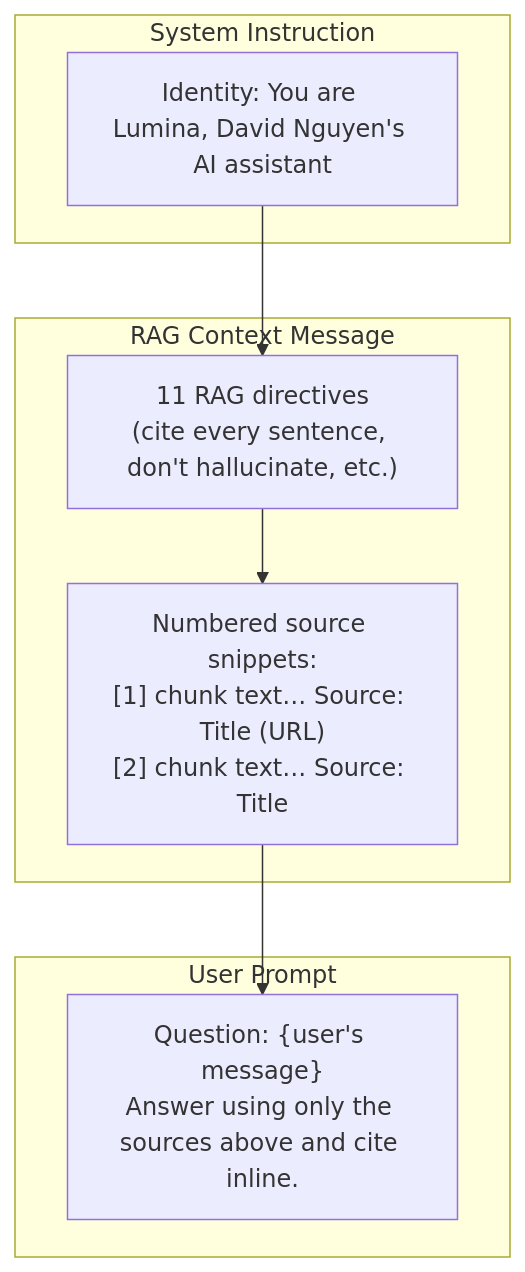
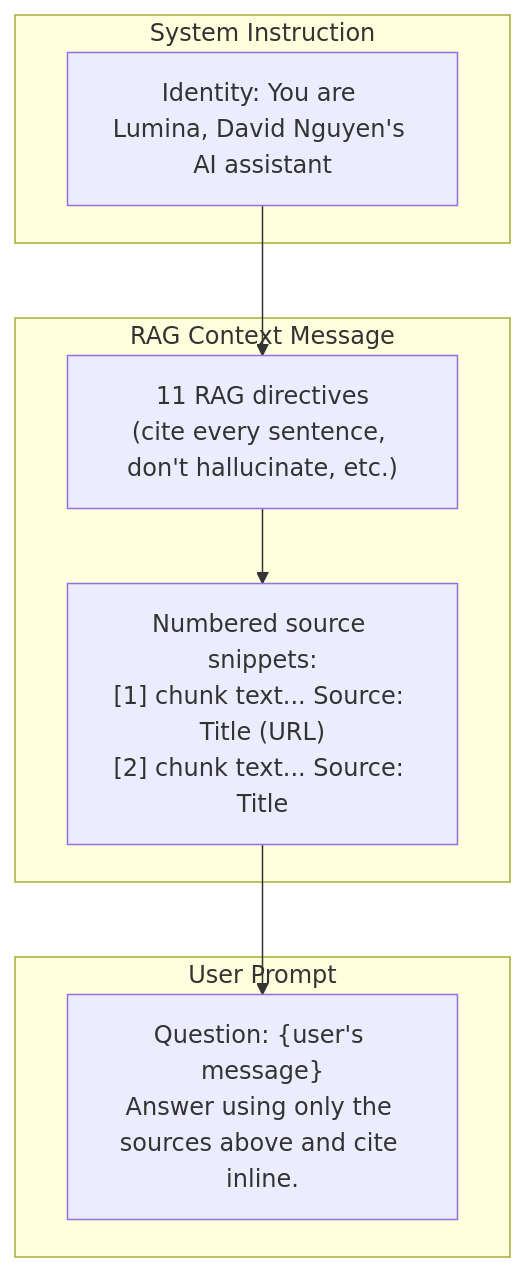
Before and after one commit to hoangsonww/AI-RAG-Assistant-Chatbot: the eighth of 11 diagrams in RAG.md, drawn with Mermaid. The commit also changed other lines of this file and 32 other files, not shown here.

First line of the commit message:
feat(rag): add hybrid Pinecone+Neo4j retrieval, graph ingestion, and CLI graph management

````diff
--- a/RAG.md
+++ b/RAG.md
@@ -289,15 +604,15 @@
 ```mermaid
 graph TD
   subgraph System Instruction
     SI["Identity: You are Lumina, David Nguyen's AI assistant"]
   end
   subgraph RAG Context Message
     RI["11 RAG directives<br/>(cite every sentence, don't hallucinate, etc.)"]
-    SC["Numbered source snippets:<br/>[1] chunk text… Source: Title (URL)<br/>[2] chunk text… Source: Title"]
+    SC["Numbered source snippets:<br/>[1] chunk text... Source: Title (URL)<br/>[2] chunk text... Source: Title"]
   end
   subgraph User Prompt
     UP["Question: {user's message}<br/>Answer using only the sources above and cite inline."]
   end
 
   SI --> RI --> SC --> UP
 ```
````
